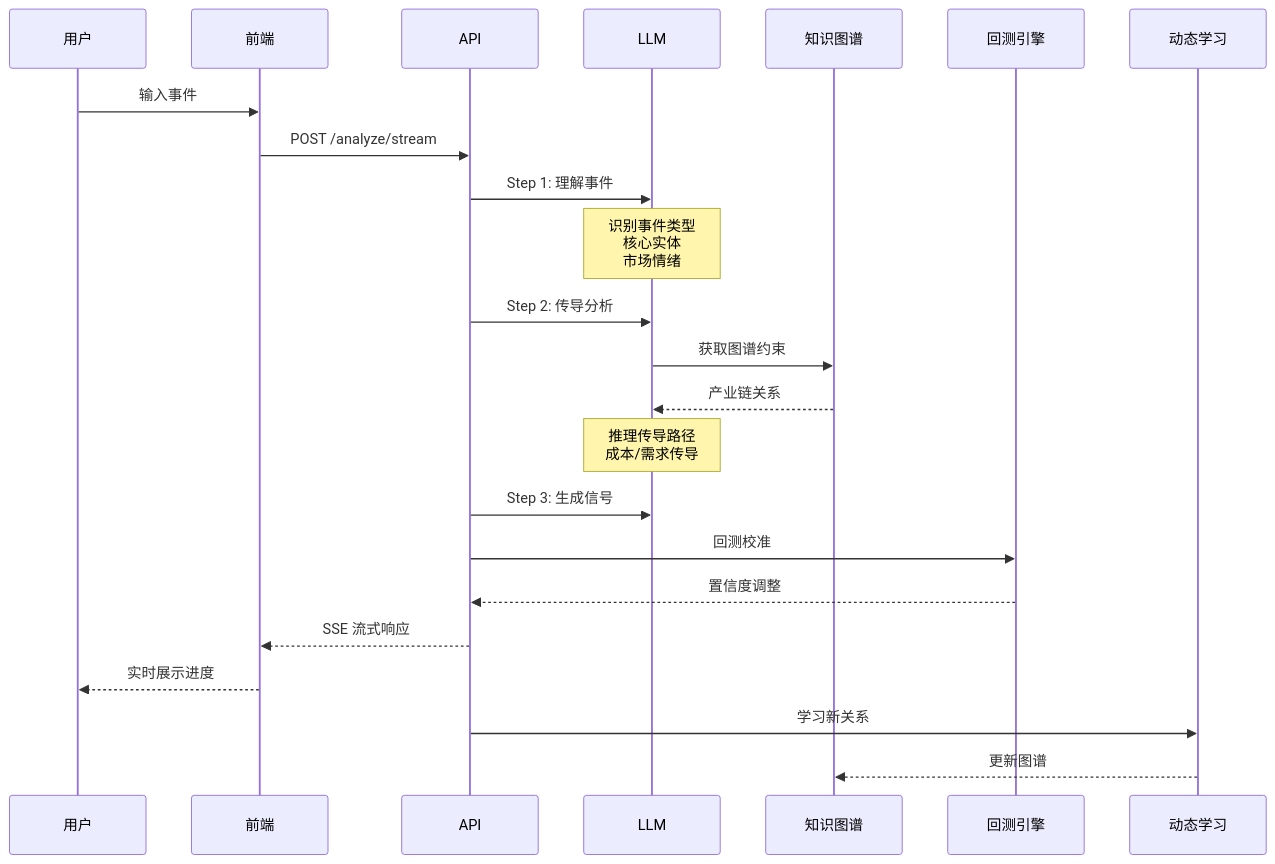
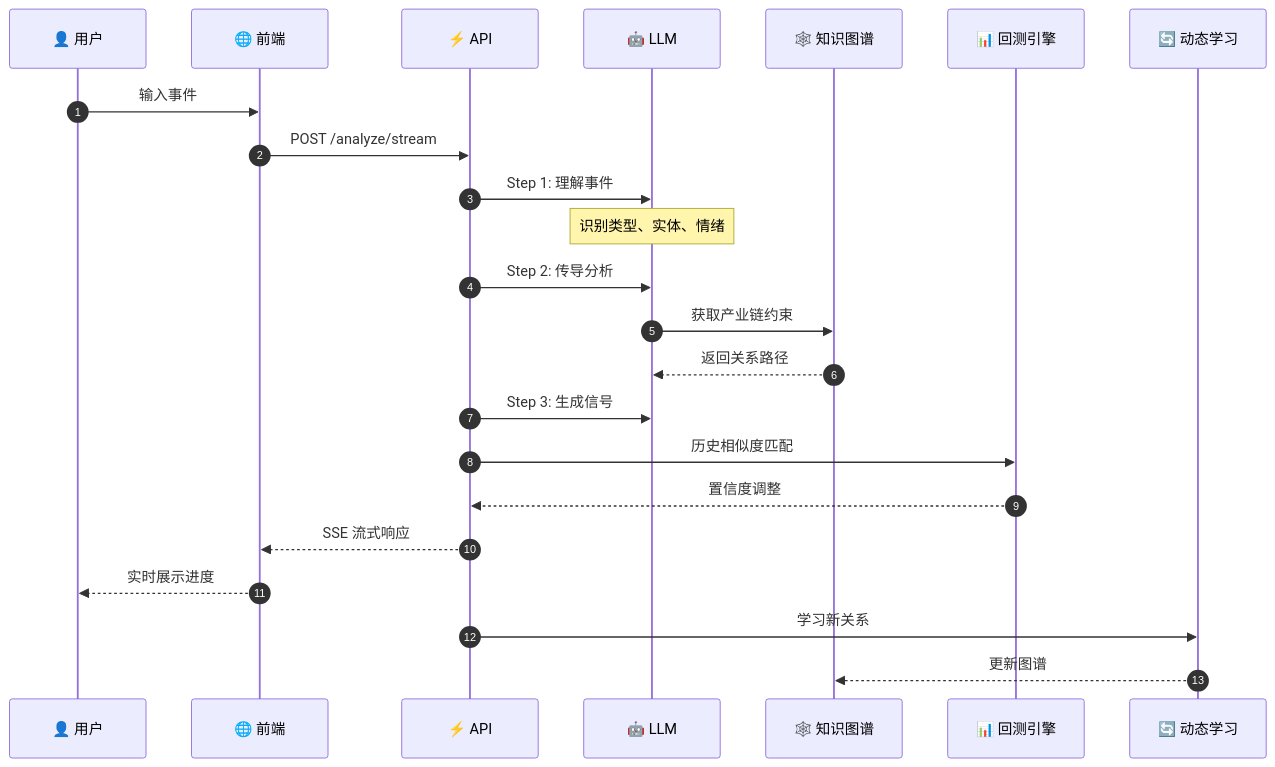
The first of 3 diagrams in README.md (mkih76/event-driven-trading-system), drawn with Mermaid before and after one commit. The commit also changed other lines of this file, not shown here.

````diff
--- a/README.md
+++ b/README.md
@@ -76,32 +80,30 @@
 ```mermaid
 sequenceDiagram
-    participant U as 用户
-    participant F as 前端
-    participant A as API
-    participant LLM as LLM
-    participant KG as 知识图谱
-    participant BT as 回测引擎
-    participant DL as 动态学习
+    autonumber
+    participant U as 👤 用户
+    participant F as 🌐 前端
+    participant A as ⚡ API
+    participant LLM as 🤖 LLM
+    participant KG as 🕸️ 知识图谱
+    participant BT as 📊 回测引擎
+    participant DL as 🔄 动态学习
 
     U->>F: 输入事件
     F->>A: POST /analyze/stream
     A->>LLM: Step 1: 理解事件
-
-    Note over LLM: 识别事件类型<br/>核心实体<br/>市场情绪
+    Note over LLM: 识别类型、实体、情绪
 
     A->>LLM: Step 2: 传导分析
-    LLM->>KG: 获取图谱约束
-    KG-->>LLM: 产业链关系
-
-    Note over LLM: 推理传导路径<br/>成本/需求传导
+    LLM->>KG: 获取产业链约束
+    KG-->>LLM: 返回关系路径
 
     A->>LLM: Step 3: 生成信号
-    A->>BT: 回测校准
+    A->>BT: 历史相似度匹配
     BT-->>A: 置信度调整
 
     A-->>F: SSE 流式响应
     F-->>U: 实时展示进度
 
     A->>DL: 学习新关系
     DL-->>KG: 更新图谱
 ```
````
